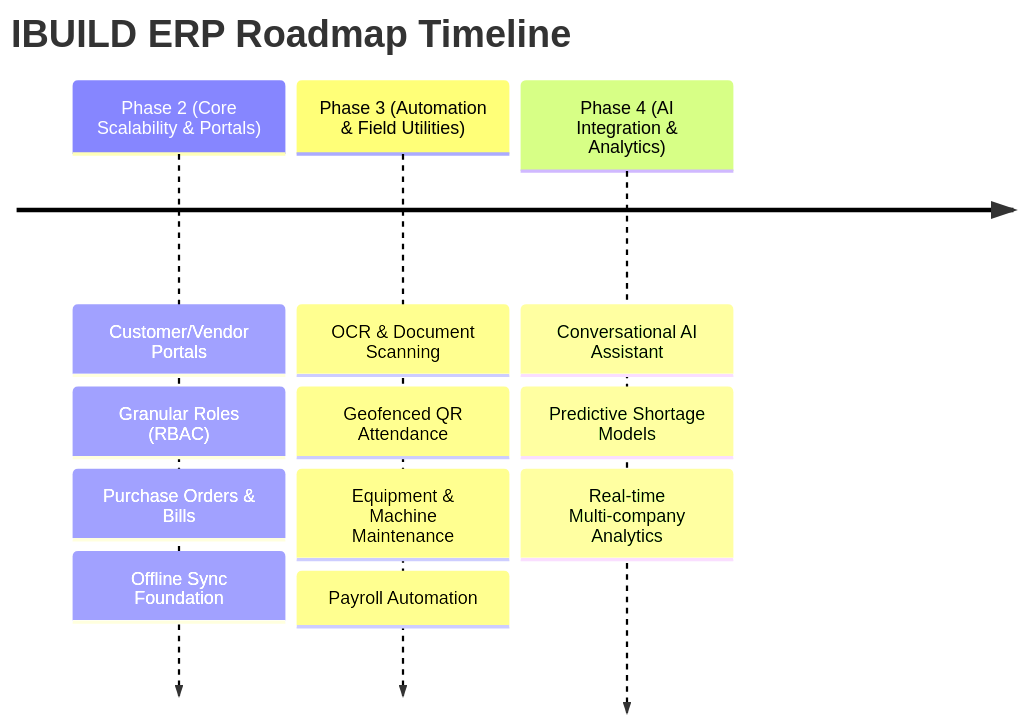
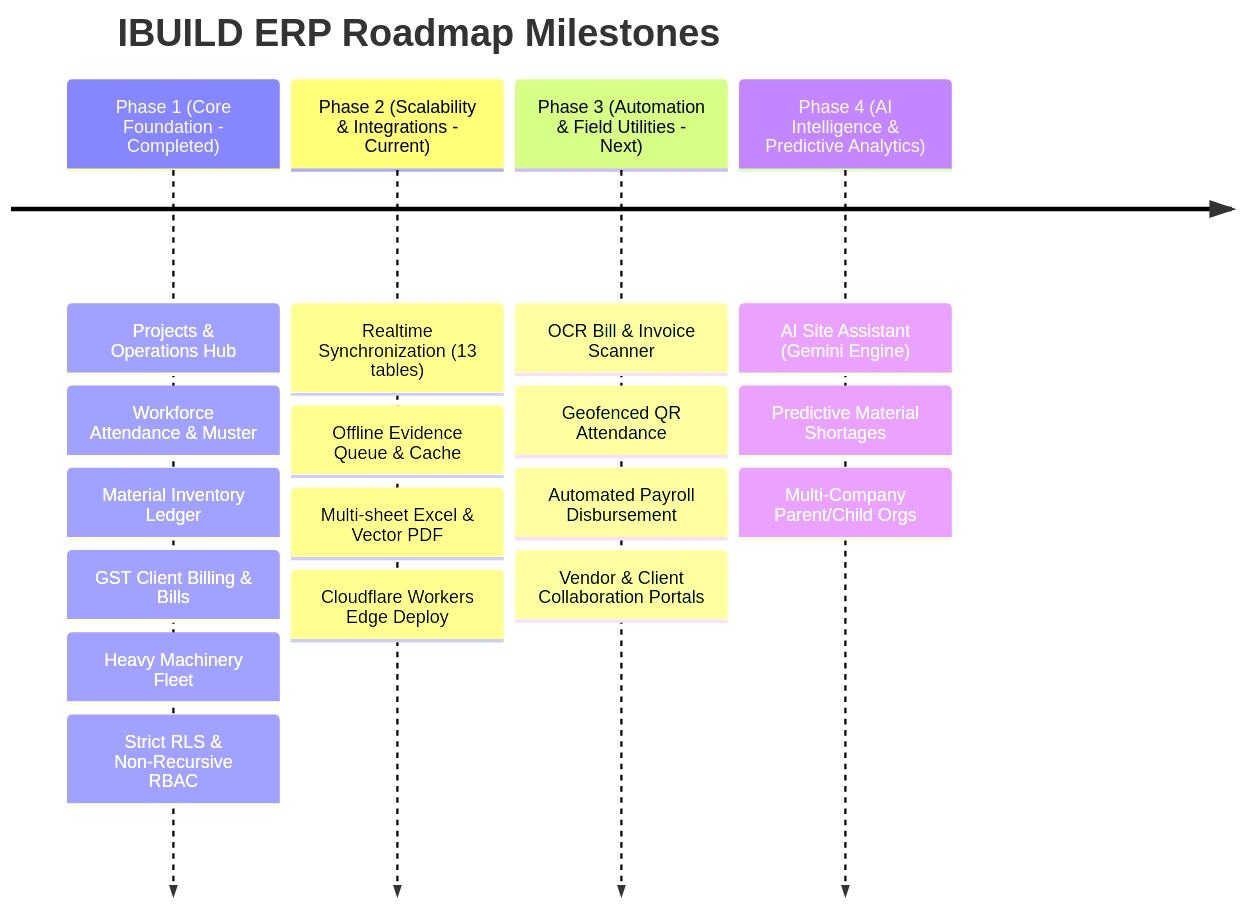
Before and after one commit to najibcode/ibuild: the diagram in docs/Future_Roadmap.md, drawn with Mermaid. The commit also changed other lines of this file and 5 other files, not shown here.

Commit message:
docs: update all markdown documentation with complete migration 020, 4-role RBAC matrix, realtime synchronization, and Cloudflare deployment details

````diff
--- a/docs/Future_Roadmap.md
+++ b/docs/Future_Roadmap.md
@@ -50,18 +17,25 @@
 ```mermaid
 timeline
-    title IBUILD ERP Roadmap Timeline
-    Phase 2 (Core Scalability & Portals)
-        : Customer/Vendor Portals
-        : Granular Roles (RBAC)
-        : Purchase Orders & Bills
-        : Offline Sync Foundation
-    Phase 3 (Automation & Field Utilities)
-        : OCR & Document Scanning
+    title IBUILD ERP Roadmap Milestones
+    Phase 1 (Core Foundation - Completed)
+        : Projects & Operations Hub
+        : Workforce Attendance & Muster
+        : Material Inventory Ledger
+        : GST Client Billing & Bills
+        : Heavy Machinery Fleet
+        : Strict RLS & Non-Recursive RBAC
+    Phase 2 (Scalability & Integrations - Current)
+        : Realtime Synchronization (13 tables)
+        : Offline Evidence Queue & Cache
+        : Multi-sheet Excel & Vector PDF
+        : Cloudflare Workers Edge Deploy
+    Phase 3 (Automation & Field Utilities - Next)
+        : OCR Bill & Invoice Scanner
         : Geofenced QR Attendance
-        : Equipment & Machine Maintenance
-        : Payroll Automation
-    Phase 4 (AI Integration & Analytics)
-        : Conversational AI Assistant
-        : Predictive Shortage Models
-        : Real-time Multi-company Analytics
+        : Automated Payroll Disbursement
+        : Vendor & Client Collaboration Portals
+    Phase 4 (AI Intelligence & Predictive Analytics)
+        : AI Site Assistant (Gemini Engine)
+        : Predictive Material Shortages
+        : Multi-Company Parent/Child Orgs
 ```
````
